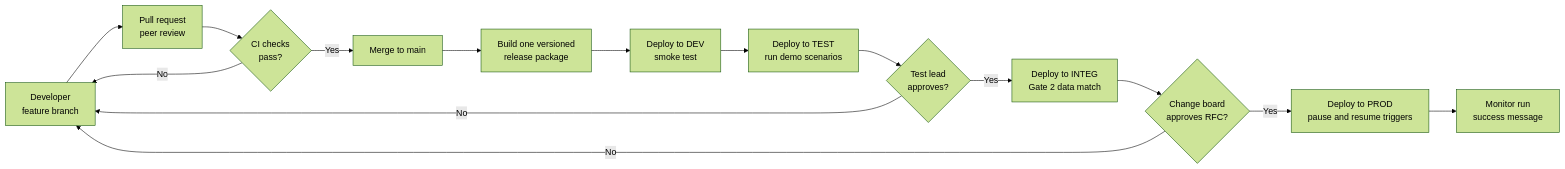
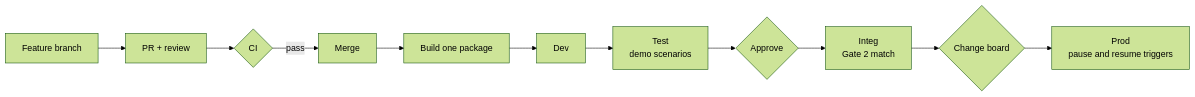
Before and after one commit to priyadharsini0316/azure-data-pipeline: the second of 4 diagrams in docs/CICD_PROMOTION.md, drawn with Mermaid (forest theme). The commit also changed other lines of this file and 32 other files, not shown here.

````diff
--- a/docs/CICD_PROMOTION.md
+++ b/docs/CICD_PROMOTION.md
@@ -18,17 +22,8 @@
 ```mermaid
 flowchart LR
-    DEV["Developer<br/>feature branch"] --> PR["Pull request<br/>peer review"]
-    PR --> CI{"CI checks<br/>pass?"}
-    CI -- No --> DEV
-    CI -- Yes --> MERGE["Merge to main"]
-    MERGE --> BUILD["Build one versioned<br/>release package"]
-    BUILD --> D["Deploy to DEV<br/>smoke test"]
-    D --> T["Deploy to TEST<br/>run demo scenarios"]
-    T --> A1{"Test lead<br/>approves?"}
-    A1 -- No --> DEV
-    A1 -- Yes --> I["Deploy to INTEG<br/>Gate 2 data match"]
-    I --> A2{"Change board<br/>approves RFC?"}
-    A2 -- No --> DEV
-    A2 -- Yes --> P["Deploy to PROD<br/>pause and resume triggers"]
-    P --> MON["Monitor run<br/>success message"]
+    DEV["Feature branch"] --> PR["PR + review"] --> CI{"CI"}
+    CI -->|pass| M["Merge"] --> B["Build one package"]
+    B --> D["Dev"] --> T["Test<br/>demo scenarios"] --> A1{"Approve"}
+    A1 --> I["Integ<br/>Gate 2 match"] --> A2{"Change board"}
+    A2 --> P["Prod<br/>pause and resume triggers"]
 ```
````
